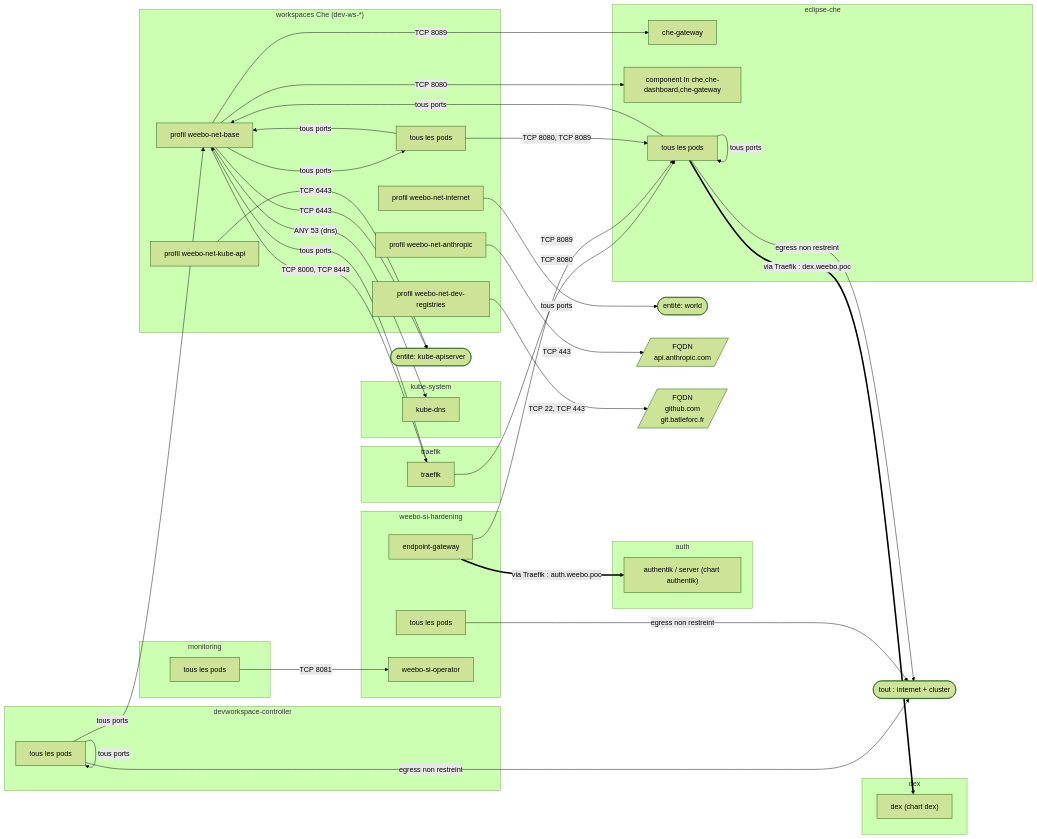
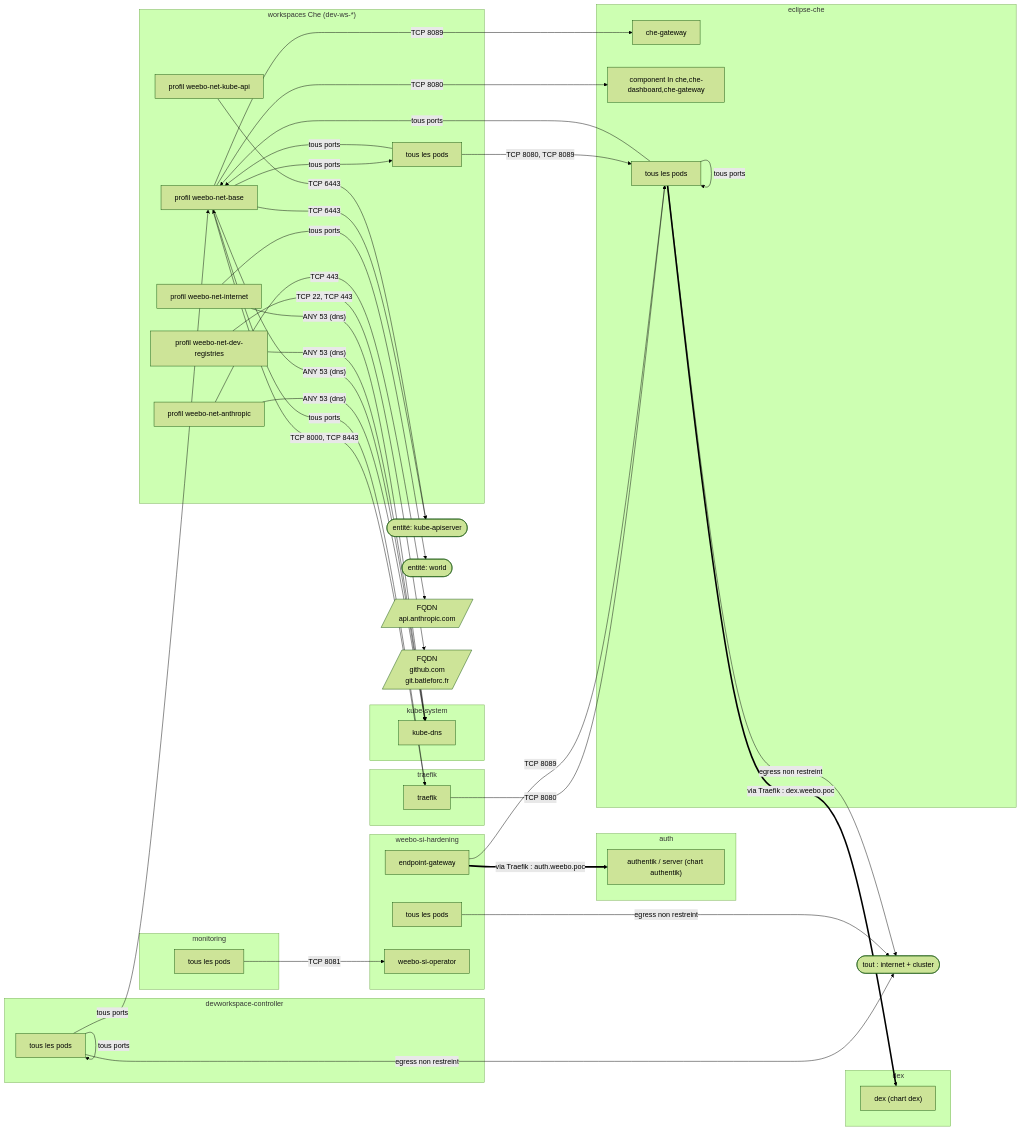
One commit to batleforc/weebo-si changed the first of 2 diagrams in 0.docs/content/docs/security/network-flows/che.mdx. Above: the diagram before and after it, drawn with Mermaid (forest theme). The commit also changed 7 other files, not shown here.

````diff
--- a/0.docs/content/docs/security/network-flows/che.mdx
+++ b/0.docs/content/docs/security/network-flows/che.mdx
@@ -22,69 +22,72 @@
 ```mermaid
 flowchart LR
   n_entity_kube_apiserver_3b39a7(["entité: kube-apiserver"])
   n_entity_open_f65d5d(["tout : internet + cluster"])
   n_entity_world_1a2945(["entité: world"])
   n_fqdn_api_anthropic_com_41439f[/"FQDN<br/>api.anthropic.com"/]
   n_fqdn_github_com_git_batleforc_fr_c00a93[/"FQDN<br/>github.com<br/>git.batleforc.fr"/]
   subgraph ns_auth["auth"]
     n_ns_auth_3aba95["authentik / server (chart authentik)"]
   end
   subgraph ns_devworkspace_controller["devworkspace-controller"]
     n_ns_devworkspace_controller_3115b1["tous les pods"]
   end
   subgraph ns_dex["dex"]
     n_ns_dex_bea24e["dex (chart dex)"]
   end
   subgraph ns_eclipse_che["eclipse-che"]
     n_ns_eclipse_che_50dd3c["che-gateway"]
     n_ns_eclipse_che_2b9ac4["component In che,che-dashboard,che-gateway"]
     n_ns_eclipse_che_43d24e["tous les pods"]
   end
   subgraph ns_kube_system["kube-system"]
     n_ns_kube_system_9d0e37["kube-dns"]
   end
   subgraph ns_monitoring["monitoring"]
     n_ns_monitoring_1d4c40["tous les pods"]
   end
   subgraph ns_traefik["traefik"]
     n_ns_traefik_d50a8d["traefik"]
   end
   subgraph ns_weebo_si_hardening["weebo-si-hardening"]
     n_ns_weebo_si_hardening_98b8dc["endpoint-gateway"]
     n_ns_weebo_si_hardening_af5a96["tous les pods"]
     n_ns_weebo_si_hardening_973fb2["weebo-si-operator"]
   end
   subgraph ns_workspaces_Che__dev_ws___["workspaces Che (dev-ws-*)"]
     n_ns_workspaces_Che__dev_ws____07f3cd["profil weebo-net-anthropic"]
     n_ns_workspaces_Che__dev_ws____ac87b9["profil weebo-net-base"]
     n_ns_workspaces_Che__dev_ws____fa1322["profil weebo-net-dev-registries"]
     n_ns_workspaces_Che__dev_ws____01372c["profil weebo-net-internet"]
     n_ns_workspaces_Che__dev_ws____e38a98["profil weebo-net-kube-api"]
     n_ns_workspaces_Che__dev_ws____a24264["tous les pods"]
   end
   n_ns_devworkspace_controller_3115b1 -->|"egress non restreint"| n_entity_open_f65d5d
   n_ns_devworkspace_controller_3115b1 -->|"tous ports"| n_ns_devworkspace_controller_3115b1
   n_ns_devworkspace_controller_3115b1 -->|"tous ports"| n_ns_workspaces_Che__dev_ws____ac87b9
   n_ns_eclipse_che_43d24e -->|"egress non restreint"| n_entity_open_f65d5d
   n_ns_eclipse_che_43d24e ==>|"via Traefik : dex.weebo.poc"| n_ns_dex_bea24e
   n_ns_eclipse_che_43d24e -->|"tous ports"| n_ns_eclipse_che_43d24e
   n_ns_eclipse_che_43d24e -->|"tous ports"| n_ns_workspaces_Che__dev_ws____ac87b9
   n_ns_monitoring_1d4c40 -->|"TCP 8081"| n_ns_weebo_si_hardening_973fb2
   n_ns_traefik_d50a8d -->|"TCP 8080"| n_ns_eclipse_che_43d24e
   n_ns_traefik_d50a8d -->|"tous ports"| n_ns_workspaces_Che__dev_ws____ac87b9
   n_ns_weebo_si_hardening_98b8dc ==>|"via Traefik : auth.weebo.poc"| n_ns_auth_3aba95
   n_ns_weebo_si_hardening_98b8dc -->|"TCP 8089"| n_ns_eclipse_che_43d24e
   n_ns_weebo_si_hardening_af5a96 -->|"egress non restreint"| n_entity_open_f65d5d
   n_ns_workspaces_Che__dev_ws____07f3cd -->|"TCP 443"| n_fqdn_api_anthropic_com_41439f
+  n_ns_workspaces_Che__dev_ws____07f3cd -->|"ANY 53 (dns)"| n_ns_kube_system_9d0e37
   n_ns_workspaces_Che__dev_ws____ac87b9 -->|"TCP 6443"| n_entity_kube_apiserver_3b39a7
   n_ns_workspaces_Che__dev_ws____ac87b9 -->|"TCP 8089"| n_ns_eclipse_che_50dd3c
   n_ns_workspaces_Che__dev_ws____ac87b9 -->|"TCP 8080"| n_ns_eclipse_che_2b9ac4
   n_ns_workspaces_Che__dev_ws____ac87b9 -->|"ANY 53 (dns)"| n_ns_kube_system_9d0e37
   n_ns_workspaces_Che__dev_ws____ac87b9 -->|"TCP 8000, TCP 8443"| n_ns_traefik_d50a8d
   n_ns_workspaces_Che__dev_ws____ac87b9 -->|"tous ports"| n_ns_workspaces_Che__dev_ws____a24264
   n_ns_workspaces_Che__dev_ws____fa1322 -->|"TCP 22, TCP 443"| n_fqdn_github_com_git_batleforc_fr_c00a93
+  n_ns_workspaces_Che__dev_ws____fa1322 -->|"ANY 53 (dns)"| n_ns_kube_system_9d0e37
   n_ns_workspaces_Che__dev_ws____01372c -->|"tous ports"| n_entity_world_1a2945
+  n_ns_workspaces_Che__dev_ws____01372c -->|"ANY 53 (dns)"| n_ns_kube_system_9d0e37
   n_ns_workspaces_Che__dev_ws____e38a98 -->|"TCP 6443"| n_entity_kube_apiserver_3b39a7
   n_ns_workspaces_Che__dev_ws____a24264 -->|"TCP 8080, TCP 8089"| n_ns_eclipse_che_43d24e
   n_ns_workspaces_Che__dev_ws____a24264 -->|"tous ports"| n_ns_workspaces_Che__dev_ws____ac87b9
 ```
````
